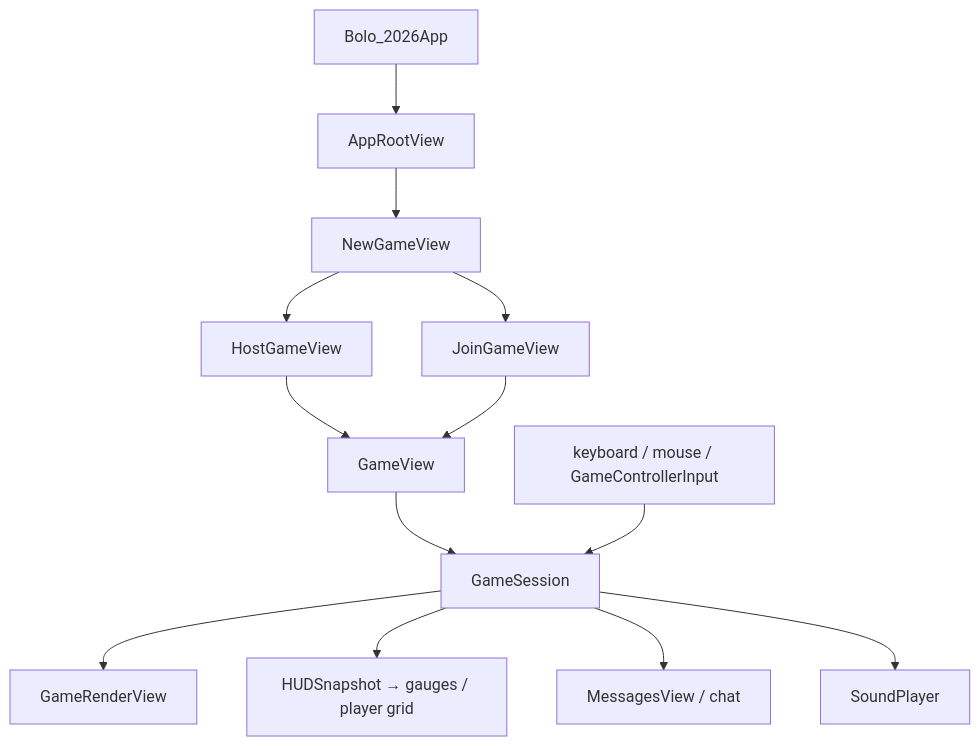
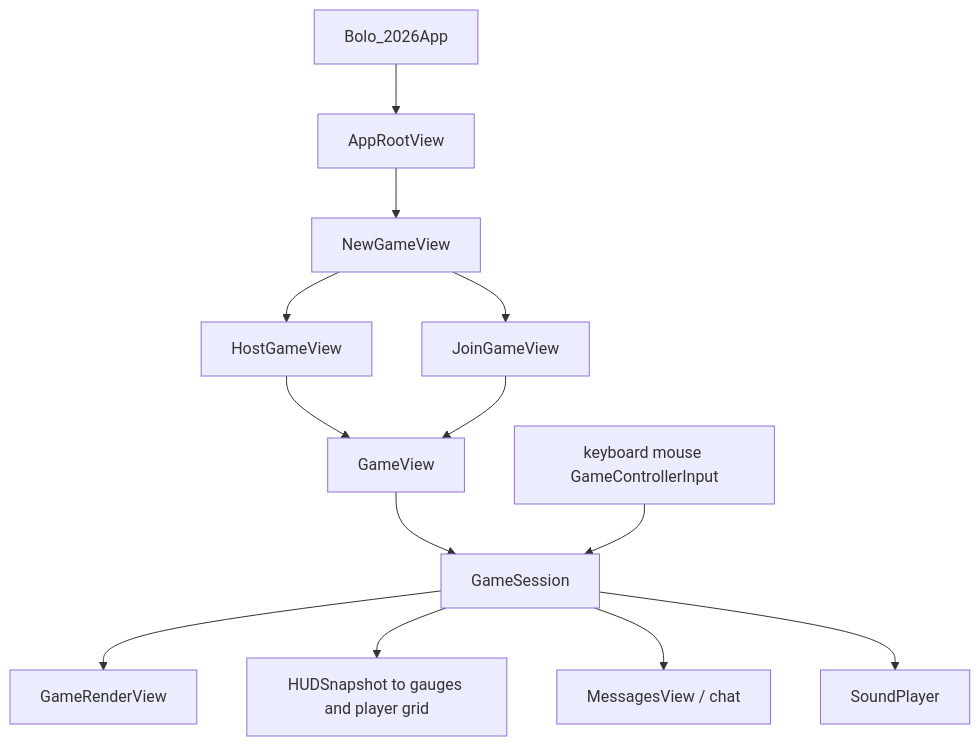
Before and after one commit to CosmicCEO/BoloKit: the seventh of 8 diagrams in docs/WIRING.md, drawn with Mermaid. The commit also changed other lines of this file, not shown here.

Commit message:
docs: fix Join path mermaid in WIRING.md (GitHub-safe syntax)

````diff
--- a/docs/WIRING.md
+++ b/docs/WIRING.md
@@ -187,15 +209,15 @@
 ```mermaid
 flowchart TB
   APP["Bolo_2026App"] --> ROOT["AppRootView"]
   ROOT --> NEW["NewGameView"]
   NEW --> HOSTV["HostGameView"]
   NEW --> JOINV["JoinGameView"]
   HOSTV --> GV["GameView"]
   JOINV --> GV
   GV --> GS["GameSession"]
   GS --> GRV["GameRenderView"]
-  GS --> HUD["HUDSnapshot → gauges / player grid"]
+  GS --> HUD["HUDSnapshot to gauges and player grid"]
   GS --> MSG["MessagesView / chat"]
   GS --> SP["SoundPlayer"]
-  INPUT["keyboard / mouse / GameControllerInput"] --> GS
+  INPUT["keyboard mouse GameControllerInput"] --> GS
 ```
````
